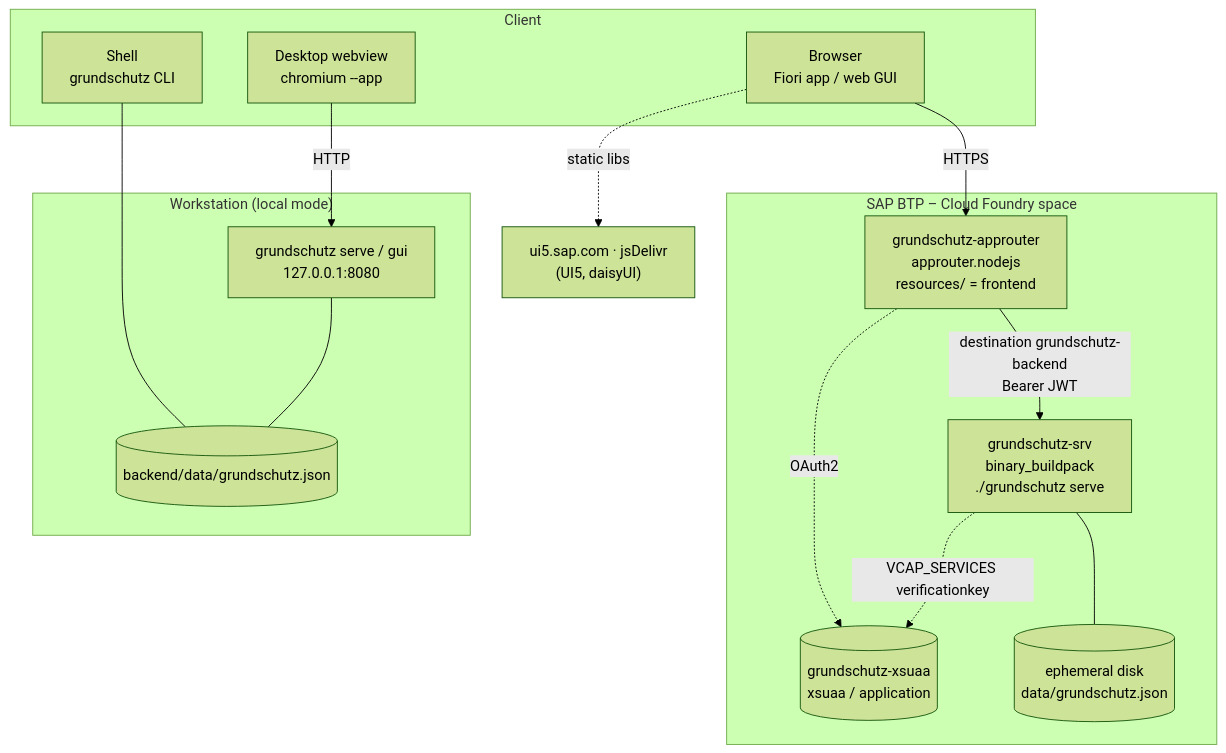
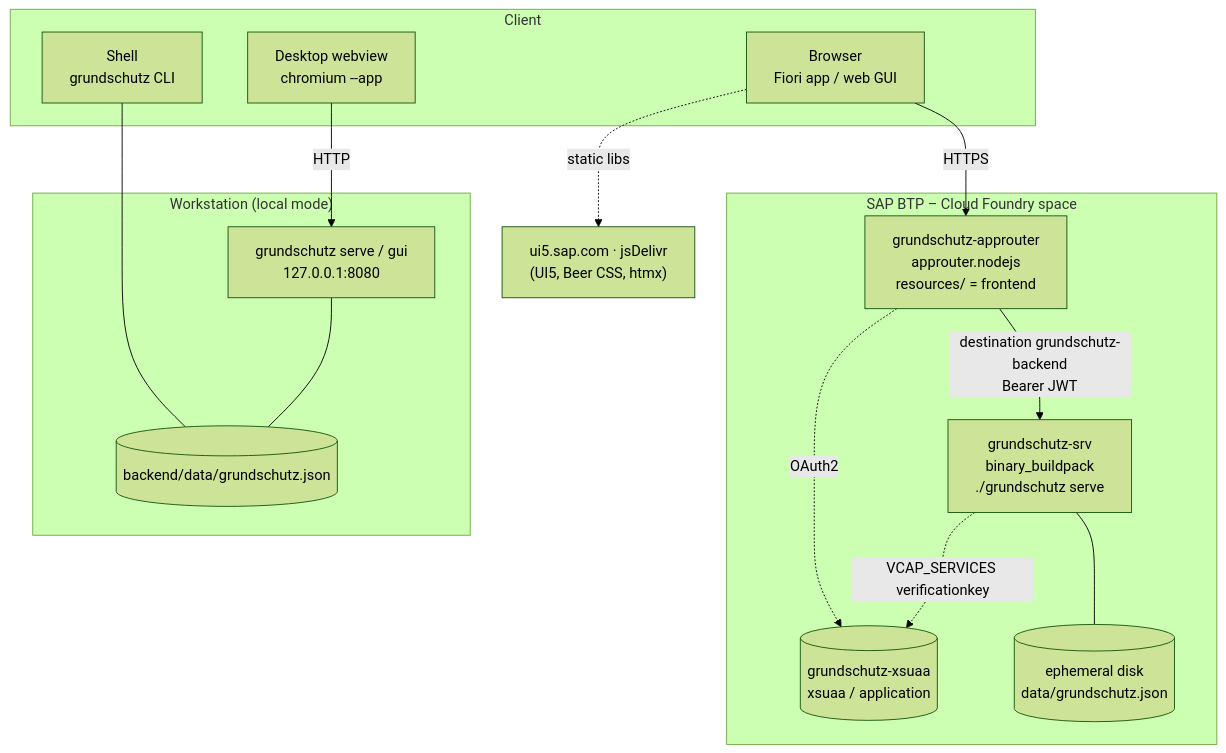
Diagram 13 of 20 in uml.md (UIMSolutions/neko-grundschutz), drawn with Mermaid (forest theme) before and after one commit. The commit also changed 46 other files, not shown here.

````diff
--- a/uml.md
+++ b/uml.md
@@ -624,32 +624,32 @@
 ```mermaid
 flowchart TB
   subgraph Client["Client"]
     BR["Browser<br/>Fiori app / web GUI"]
     WV["Desktop webview<br/>chromium --app"]
     SH["Shell<br/>grundschutz CLI"]
   end
 
   subgraph BTP["SAP BTP – Cloud Foundry space"]
     AR["grundschutz-approuter<br/>approuter.nodejs<br/>resources/ = frontend"]
     SRV["grundschutz-srv<br/>binary_buildpack<br/>./grundschutz serve"]
     XS[("grundschutz-xsuaa<br/>xsuaa / application")]
     DISK[("ephemeral disk<br/>data/grundschutz.json")]
   end
 
   subgraph Local["Workstation (local mode)"]
     LSRV["grundschutz serve / gui<br/>127.0.0.1:8080"]
     LFILE[("backend/data/grundschutz.json")]
   end
 
-  CDN["ui5.sap.com · jsDelivr<br/>(UI5, daisyUI)"]
+  CDN["ui5.sap.com · jsDelivr<br/>(UI5, Beer CSS, htmx)"]
 
   BR -- HTTPS --> AR
   AR -- "destination grundschutz-backend<br/>Bearer JWT" --> SRV
   AR -. OAuth2 .-> XS
   SRV -. VCAP_SERVICES verificationkey .-> XS
   SRV --- DISK
   WV -- HTTP --> LSRV
   SH --- LFILE
   LSRV --- LFILE
   BR -. static libs .-> CDN
 ```
````
